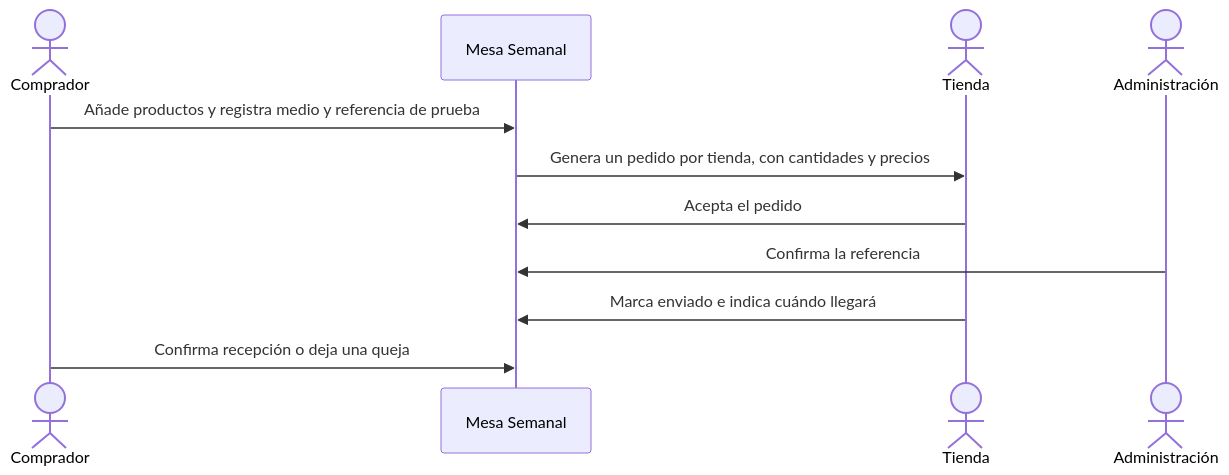
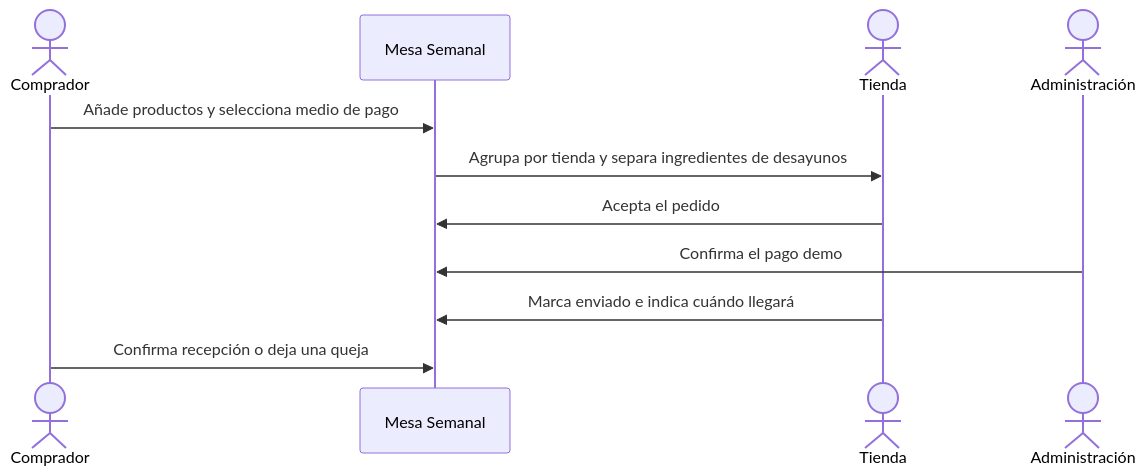
The second of 2 diagrams in CASOS-DE-USO.md (Aarooness/mesa-semanal-jack), drawn with Mermaid before and after one commit. The commit also changed other lines of this file and 54 other files, not shown here.

````diff
--- a/CASOS-DE-USO.md
+++ b/CASOS-DE-USO.md
@@ -33,13 +33,13 @@
 ```mermaid
 sequenceDiagram
  actor U as Comprador
  participant M as Mesa Semanal
  actor T as Tienda
  actor A as Administración
- U->>M: Añade productos y registra medio y referencia de prueba
- M->>T: Genera un pedido por tienda, con cantidades y precios
+ U->>M: Añade productos y selecciona medio de pago
+ M->>T: Agrupa por tienda y separa ingredientes de desayunos
  T->>M: Acepta el pedido
- A->>M: Confirma la referencia
+ A->>M: Confirma el pago demo
  T->>M: Marca enviado e indica cuándo llegará
  U->>M: Confirma recepción o deja una queja
 ```
````
